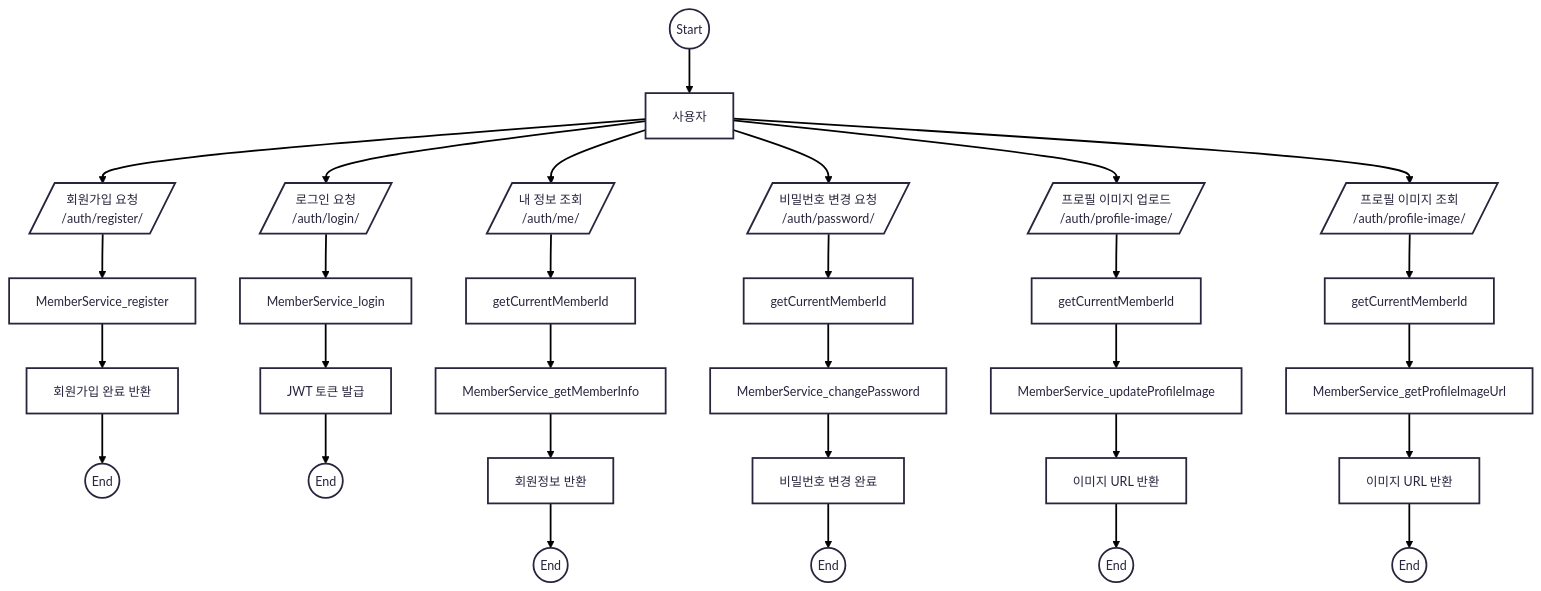
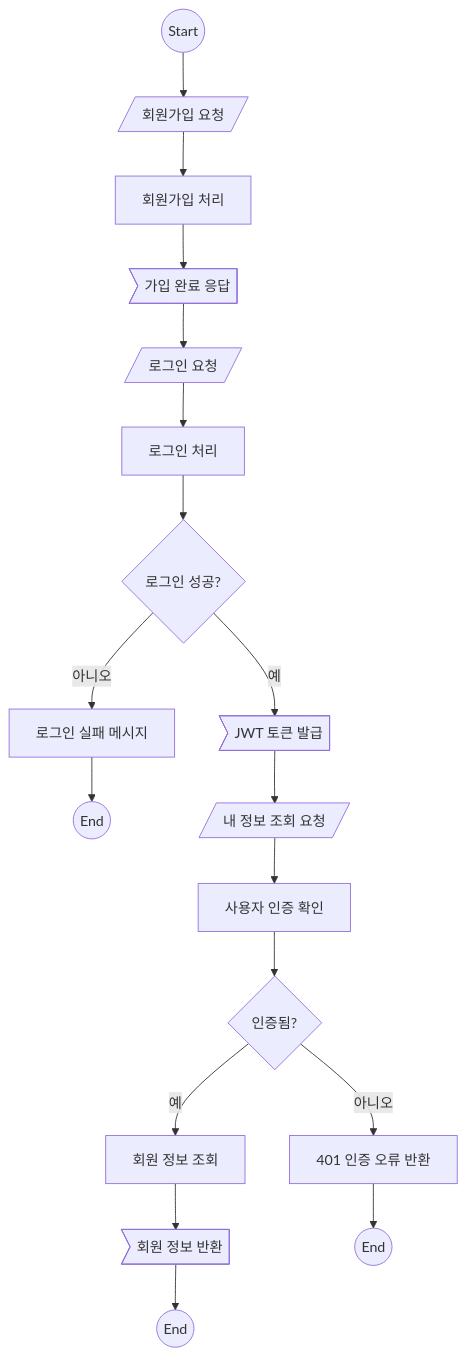
Before and after one commit to NextSpringMysqlMSA/auth-service: the diagram in README.md, drawn with Mermaid.

Commit message:
refactor: flowchart 수정

````diff
--- a/README.md
+++ b/README.md
@@ -1,48 +1,28 @@
 ```mermaid
----
-config:
-      theme: redux
----
 flowchart TD
-  start((Start)) --> user["사용자"]
+    start((Start))
 
-  %% 회원가입
-  user --> regInput[/회원가입 요청<br>/auth/register/ /]
-  regInput --> regSvc["MemberService_register"]
-  regSvc --> regResp["회원가입 완료 반환"]
-  regResp --> end1((End))
+%% 회원가입 흐름
+    start --> regReq[/회원가입 요청/]
+    regReq --> regProc[회원가입 처리]
+    regProc --> regResp>가입 완료 응답]
+    regResp --> loginReq[/로그인 요청/]
 
-  %% 로그인
-  user --> loginInput[/로그인 요청<br>/auth/login/ /]
-  loginInput --> loginSvc["MemberService_login"]
-  loginSvc --> jwt["JWT 토큰 발급"]
-  jwt --> end2((End))
+%% 로그인 흐름
+    loginReq --> loginProc[로그인 처리]
+    loginProc --> loginSuccess{로그인 성공?}
+    loginSuccess -- 예 --> jwt>JWT 토큰 발급]
+    loginSuccess -- 아니오 --> loginFail[로그인 실패 메시지]
+    loginFail --> end1((End))
+    jwt --> meReq[/내 정보 조회 요청/]
 
-  %% 내 정보 조회
-  user --> meInput[/내 정보 조회<br>/auth/me/ /]
-  meInput --> getId1["getCurrentMemberId"]
-  getId1 --> getInfo["MemberService_getMemberInfo"]
-  getInfo --> infoResp["회원정보 반환"]
-  infoResp --> end3((End))
+%% 내 정보 조회 흐름
+    meReq --> authCheck[사용자 인증 확인]
+    authCheck --> isAuthed{인증됨?}
+    isAuthed -- 예 --> infoQuery[회원 정보 조회]
+    infoQuery --> infoResp>회원 정보 반환]
+    infoResp --> end2((End))
 
-  %% 비밀번호 변경
-  user --> pwInput[/비밀번호 변경 요청<br>/auth/password/ /]
-  pwInput --> getId2["getCurrentMemberId"]
-  getId2 --> pwSvc["MemberService_changePassword"]
-  pwSvc --> pwResp["비밀번호 변경 완료"]
-  pwResp --> end4((End))
-
-  %% 프로필 이미지 업로드
-  user --> upInput[/프로필 이미지 업로드<br>/auth/profile-image/ /]
-  upInput --> getId3["getCurrentMemberId"]
-  getId3 --> upSvc["MemberService_updateProfileImage"]
-  upSvc --> imgUrl["이미지 URL 반환"]
-  imgUrl --> end5((End))
-
-  %% 프로필 이미지 조회
-  user --> viewInput[/프로필 이미지 조회<br>/auth/profile-image/ /]
-  viewInput --> getId4["getCurrentMemberId"]
-  getId4 --> getImg["MemberService_getProfileImageUrl"]
-  getImg --> imgResp["이미지 URL 반환"]
-  imgResp --> end6((End))
+    isAuthed -- 아니오 --> authFail[401 인증 오류 반환]
+    authFail --> end3((End))
 ```
````
